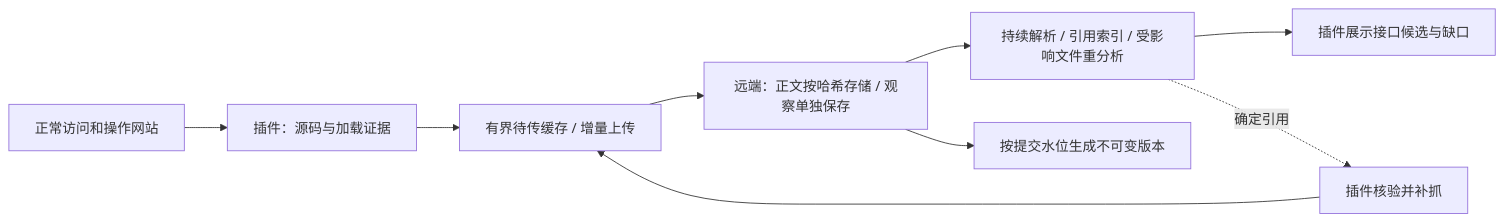
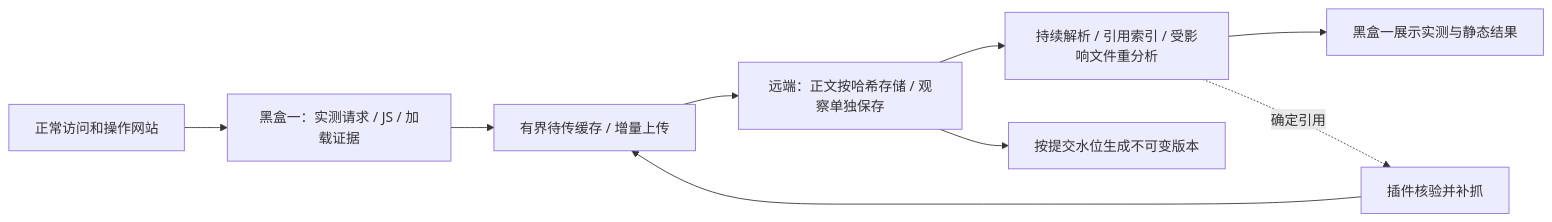
One commit to luohaijiang789/js-security changed the diagram in website-js-extractor/docs/design.md. Above: the diagram before and after it, drawn with Mermaid. The commit also changed other lines of this file and 14 other files, not shown here.

````diff
--- a/website-js-extractor/docs/design.md
+++ b/website-js-extractor/docs/design.md
@@ -7,11 +7,11 @@
 ```mermaid
 flowchart LR
-    A[正常访问和操作网站] --> B[插件：源码与加载证据]
+    A[正常访问和操作网站] --> B[黑盒一：实测请求 / JS / 加载证据]
     B --> C[有界待传缓存 / 增量上传]
     C --> D[远端：正文按哈希存储 / 观察单独保存]
     D --> E[持续解析 / 引用索引 / 受影响文件重分析]
-    E --> F[插件展示接口候选与缺口]
+    E --> F[黑盒一展示实测与静态结果]
     D --> G[按提交水位生成不可变版本]
     E -. 确定引用 .-> H[插件核验并补抓]
     H --> C
 ```
````
